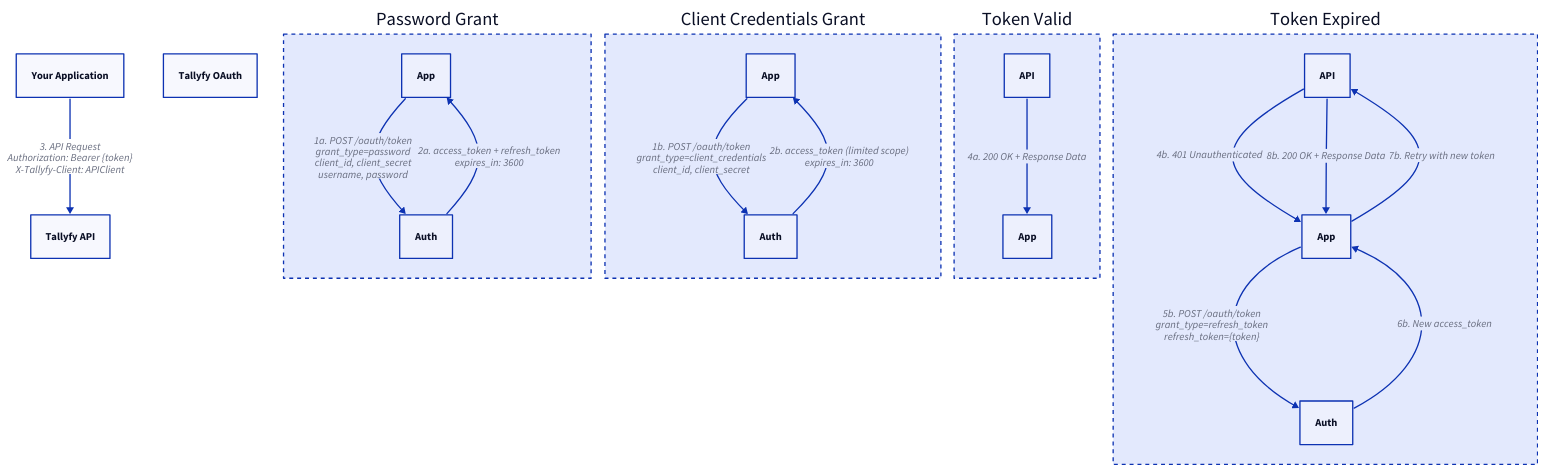
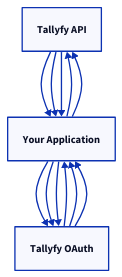
Before and after one commit to tallyfy/documentation: the diagram in src/content/docs/pro/integrations/open-api/how-to-integrate-with-tallyfy-using-api.mdx, drawn with D2. The commit also changed other lines of this file and 605 other files, not shown here.

````diff
--- a/src/content/docs/pro/integrations/open-api/how-to-integrate-with-tallyfy-using-api.mdx
+++ b/src/content/docs/pro/integrations/open-api/how-to-integrate-with-tallyfy-using-api.mdx
@@ -75,44 +76,19 @@
 ```d2
-API: "API"
-App: "App"
-Auth: "Auth"
+API: Tallyfy API
 App: Your Application
 Auth: Tallyfy OAuth
-API: Tallyfy API
+shape: rectangle
+style.stroke-dash: 3
 
-# OAuth Authentication Flow
-
-# Grant Type Options
-Password Grant: {
-  shape: rectangle
-  style.stroke-dash: 3
-  App -> Auth: "1a. POST /oauth/token\ngrant_type=password\nclient_id, client_secret\nusername, password"
-  Auth -> App: "2a. access_token + refresh_token\nexpires_in: 3600"
-}
-
-Client Credentials Grant: {
-  shape: rectangle
-  style.stroke-dash: 3
-  App -> Auth: "1b. POST /oauth/token\ngrant_type=client_credentials\nclient_id, client_secret"
-  Auth -> App: "2b. access_token (limited scope)\nexpires_in: 3600"
-}
-
-App -> API: "3. API Request\nAuthorization: Bearer {token}\nX-Tallyfy-Client: APIClient"
-
-# Token Validation Flow
-Token Valid: {
-  shape: rectangle
-  style.stroke-dash: 3
-  API -> App: "4a. 200 OK + Response Data"
-}
-
-Token Expired: {
-  shape: rectangle
-  style.stroke-dash: 3
-  API -> App: "4b. 401 Unauthenticated"
-  App -> Auth: "5b. POST /oauth/token\ngrant_type=refresh_token\nrefresh_token={token}"
-  Auth -> App: "6b. New access_token"
-  App -> API: "7b. Retry with new token"
-  API -> App: "8b. 200 OK + Response Data"
-}
+App -> Auth
+Auth -> App
+App -> Auth
+Auth -> App
+App -> API
+API -> App
+API -> App
+App -> Auth
+Auth -> App
+App -> API
+API -> App
 ```
````
